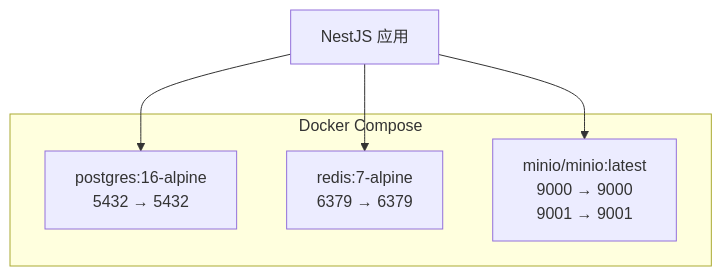
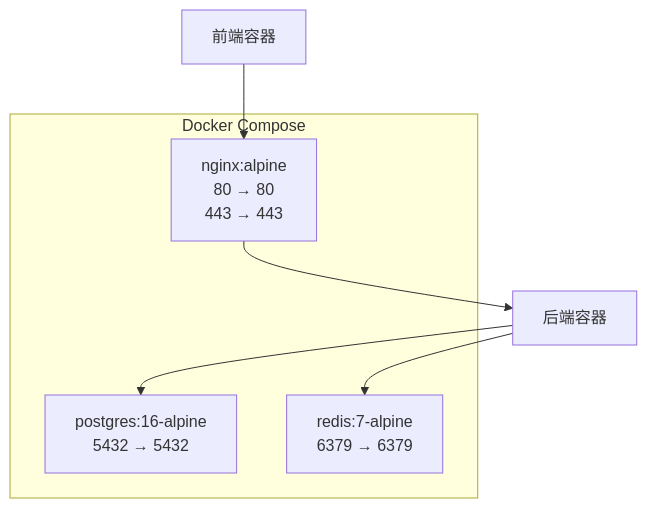
One commit to LouisFantansy/Budget_Mgt_Enterprise changed diagram 14 of 15 in .qoder/repowiki/zh/content/部署运维.md. Above: the diagram before and after it, drawn with Mermaid. The commit also changed other lines of this file and 10 other files, not shown here.

````diff
--- a/.qoder/repowiki/zh/content/部署运维.md
+++ b/.qoder/repowiki/zh/content/部署运维.md
@@ -410,11 +673,12 @@
 ```mermaid
 graph TB
 subgraph "Docker Compose"
 PG["postgres:16-alpine<br/>5432 → 5432"]
 RD["redis:7-alpine<br/>6379 → 6379"]
-MN["minio/minio:latest<br/>9000 → 9000<br/>9001 → 9001"]
+NGINX["nginx:alpine<br/>80 → 80<br/>443 → 443"]
 end
-BE["NestJS 应用"] --> PG
+FE["前端容器"] --> NGINX
+BE["后端容器"] --> PG
 BE --> RD
-BE --> MN
+NGINX --> BE
 ```
````
